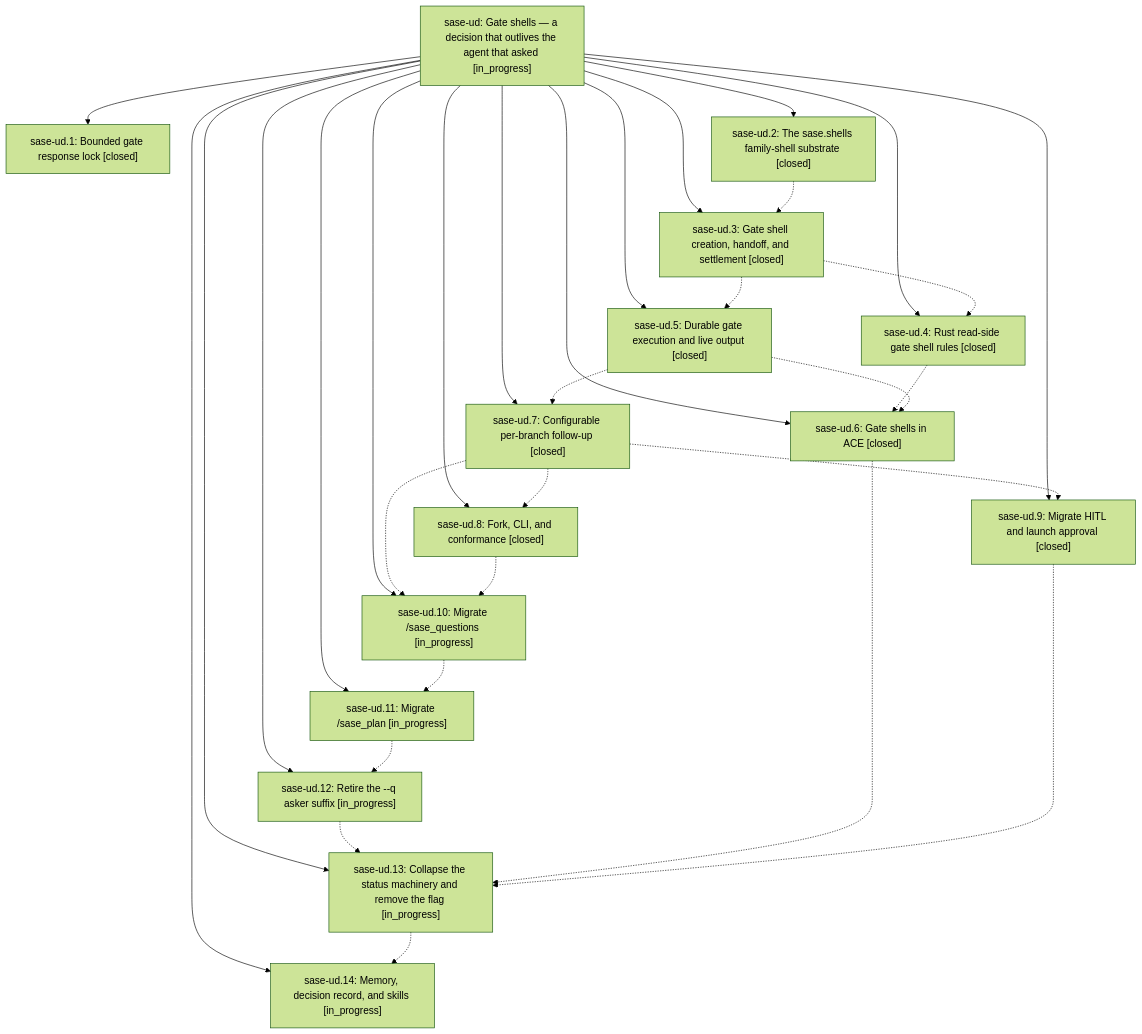
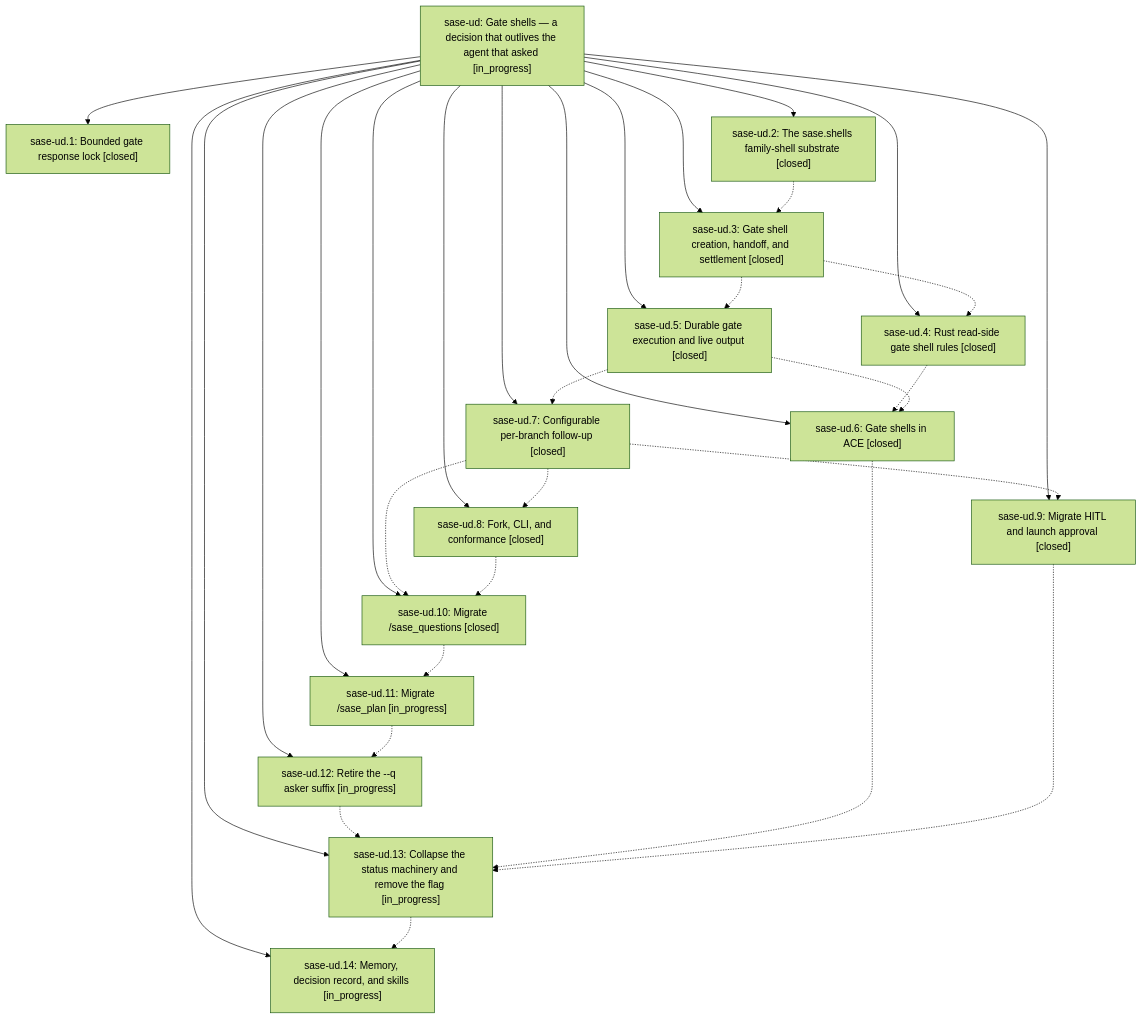
The diagram in pages/sase-ud/README.md (sase-org/sase--beads), drawn with Mermaid (forest theme) before and after one commit. The commit also changed other lines of this file and 4 other files, not shown here.

````diff
--- a/pages/sase-ud/README.md
+++ b/pages/sase-ud/README.md
@@ -47,48 +47,48 @@
 ```mermaid
 flowchart TD
     n0["sase-ud: Gate shells — a decision that outlives the agent that asked [in_progress]"]
     n1["sase-ud.1: Bounded gate response lock [closed]"]
-    n2["sase-ud.10: Migrate /sase_questions [in_progress]"]
+    n2["sase-ud.10: Migrate /sase_questions [closed]"]
     n3["sase-ud.11: Migrate /sase_plan [in_progress]"]
     n4["sase-ud.12: Retire the --q asker suffix [in_progress]"]
     n5["sase-ud.13: Collapse the status machinery and remove the flag [in_progress]"]
     n6["sase-ud.14: Memory, decision record, and skills [in_progress]"]
     n7["sase-ud.2: The sase.shells family-shell substrate [closed]"]
     n8["sase-ud.3: Gate shell creation, handoff, and settlement [closed]"]
     n9["sase-ud.4: Rust read-side gate shell rules [closed]"]
     n10["sase-ud.5: Durable gate execution and live output [closed]"]
     n11["sase-ud.6: Gate shells in ACE [closed]"]
     n12["sase-ud.7: Configurable per-branch follow-up [closed]"]
     n13["sase-ud.8: Fork, CLI, and conformance [closed]"]
     n14["sase-ud.9: Migrate HITL and launch approval [closed]"]
     n0 --> n1
     n0 --> n2
     n0 --> n3
     n0 --> n4
     n0 --> n5
     n0 --> n6
     n0 --> n7
     n0 --> n8
     n0 --> n9
     n0 --> n10
     n0 --> n11
     n0 --> n12
     n0 --> n13
     n0 --> n14
     n2 -.-> n3
     n3 -.-> n4
     n4 -.-> n5
     n5 -.-> n6
     n7 -.-> n8
     n8 -.-> n9
     n8 -.-> n10
     n9 -.-> n11
     n10 -.-> n11
     n10 -.-> n12
     n11 -.-> n5
     n12 -.-> n2
     n12 -.-> n13
     n12 -.-> n14
     n13 -.-> n2
     n14 -.-> n5
 ```
````
